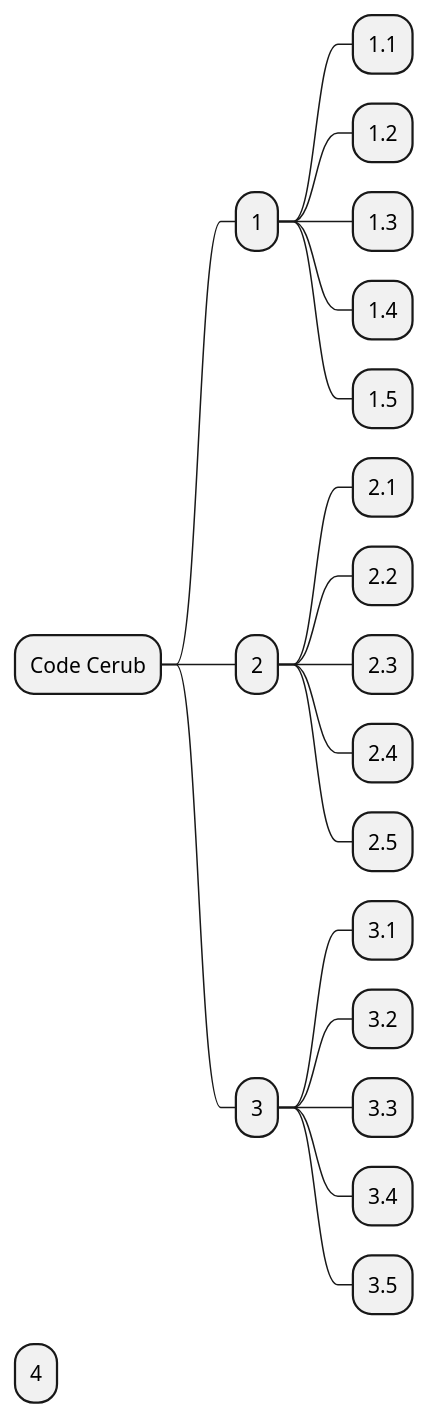
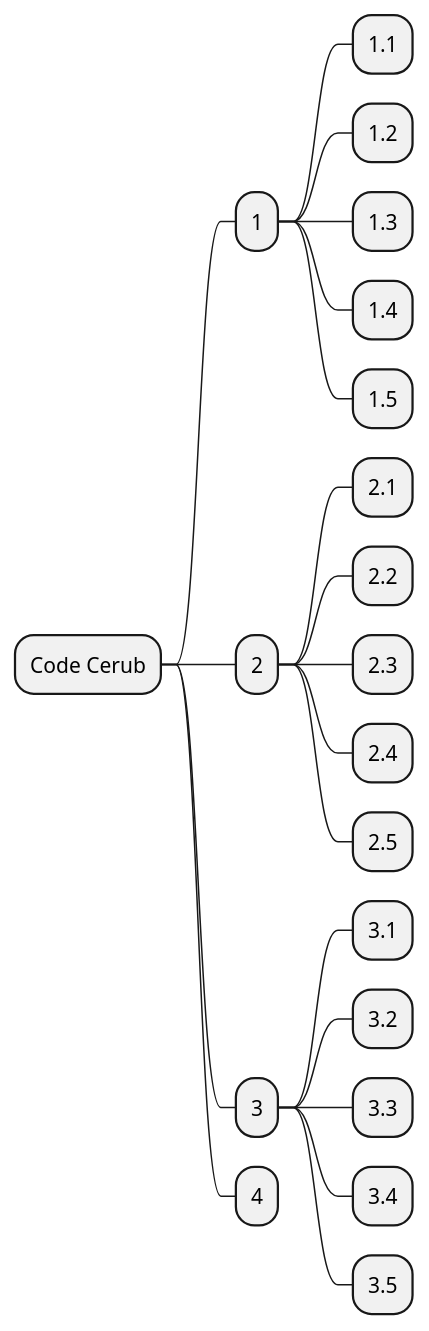
One commit to ninaleo/S2021-AB5160-core changed the third of 4 diagrams in dokumentit/10-Projektihallinta/projektisuunnitelma.md. Above: the diagram before and after it, drawn with PlantUML.

````diff
--- a/dokumentit/10-Projektihallinta/projektisuunnitelma.md
+++ b/dokumentit/10-Projektihallinta/projektisuunnitelma.md
@@ -168,24 +168,24 @@
 ```plantuml
 @startmindmap
 + Code Cerub
 ++ 1
 +++ 1.1
 +++ 1.2
 +++ 1.3
 +++ 1.4
 +++ 1.5
 ++ 2
 +++ 2.1
 +++ 2.2
 +++ 2.3
 +++ 2.4
 +++ 2.5
 ++ 3
 +++ 3.1
 +++ 3.2
 +++ 3.3
 +++ 3.4
 +++ 3.5
-+ 4
+++ 4
 @endmindmap
 ```
````
